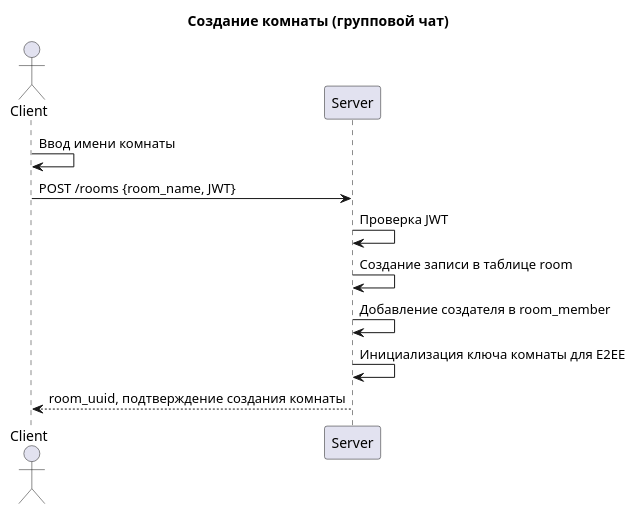
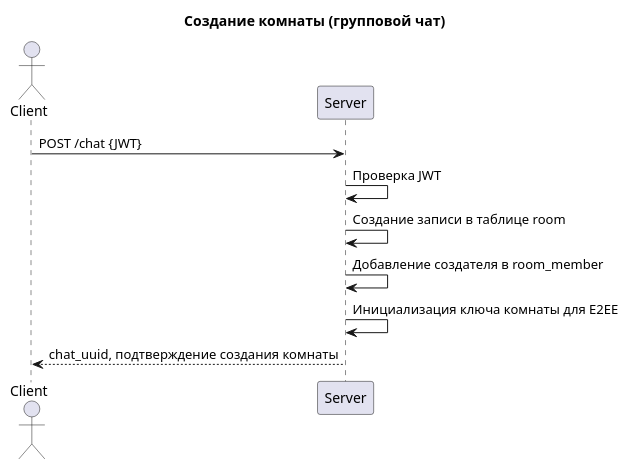
Before and after one commit to sbilibin2017/bil-message: the diagram in docs/room_create.puml, drawn with PlantUML. The commit also changed 26 other files, not shown here.

```diff
--- a/docs/room_create.puml
+++ b/docs/room_create.puml
@@ -1,18 +1,14 @@
 @startuml
 title Создание комнаты (групповой чат)
 
 actor Client
 participant Server
 
-Client -> Client: Ввод имени комнаты
-
-Client -> Server: POST /rooms {room_name, JWT}
-
+Client -> Server: POST /chat {JWT}
 Server -> Server: Проверка JWT
 Server -> Server: Создание записи в таблице room
 Server -> Server: Добавление создателя в room_member
 Server -> Server: Инициализация ключа комнаты для E2EE
-
-Server --> Client: room_uuid, подтверждение создания комнаты
+Server --> Client: chat_uuid, подтверждение создания комнаты
 
 @enduml
```
